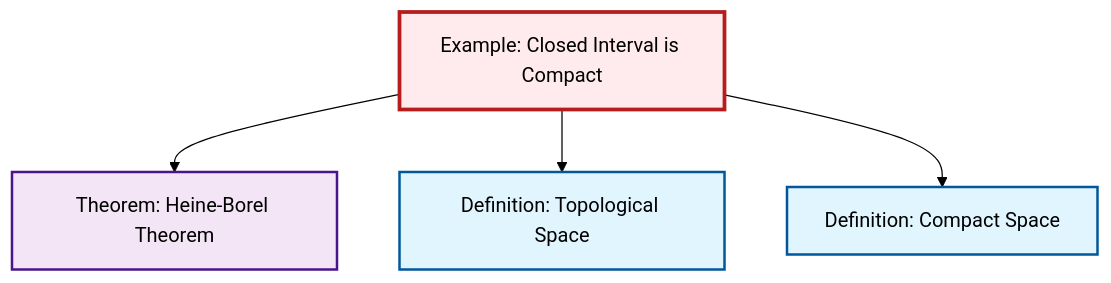
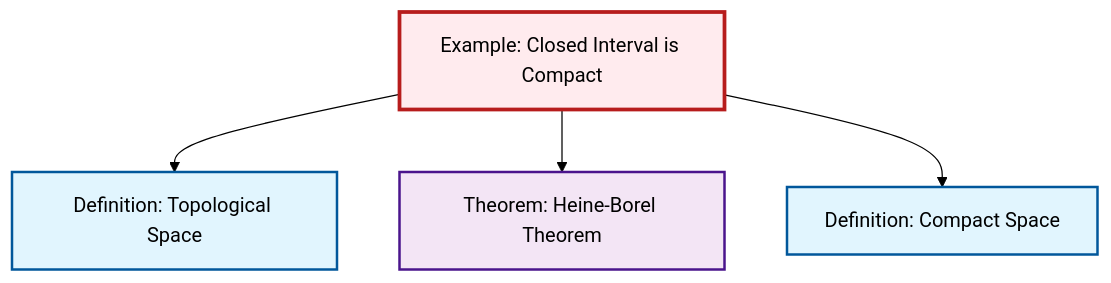
One commit to RK0429/ModernMath changed the diagram in content/ja/topology/ex-closed-interval-compact.qmd. Above: the diagram before and after it, drawn with Mermaid (forest theme). The commit also changed other lines of this file and 530 other files, not shown here.

````diff
--- a/content/ja/topology/ex-closed-interval-compact.qmd
+++ b/content/ja/topology/ex-closed-interval-compact.qmd
@@ -55,20 +55,20 @@
 ```{mermaid}
 %%| fig-cap: "Local dependency graph"
 graph TD
     classDef definition fill:#e1f5fe,stroke:#01579b,stroke-width:2px
     classDef theorem fill:#f3e5f5,stroke:#4a148c,stroke-width:2px
     classDef axiom fill:#fff3e0,stroke:#e65100,stroke-width:2px
     classDef example fill:#e8f5e9,stroke:#1b5e20,stroke-width:2px
     classDef current fill:#ffebee,stroke:#b71c1c,stroke-width:3px
-    thm-heine-borel["Theorem: Heine-Borel Theorem"]:::theorem
-    def-compact["Definition: Compact Space"]:::definition
     ex-closed-interval-compact["Example: Closed Interval is Compact"]:::example
     def-topological-space["Definition: Topological Space"]:::definition
+    def-compact["Definition: Compact Space"]:::definition
+    thm-heine-borel["Theorem: Heine-Borel Theorem"]:::theorem
+    ex-closed-interval-compact --> def-topological-space
     ex-closed-interval-compact --> thm-heine-borel
-    ex-closed-interval-compact --> def-topological-space
     ex-closed-interval-compact --> def-compact
     class ex-closed-interval-compact current
+    click def-topological-space "def-topological-space.html" "Definition: Topological Spaceへ"
+    click def-compact "def-compact.html" "Definition: Compact Spaceへ"
     click thm-heine-borel "thm-heine-borel.html" "Theorem: Heine-Borel Theoremへ"
-    click def-compact "def-compact.html" "Definition: Compact Spaceへ"
-    click def-topological-space "def-topological-space.html" "Definition: Topological Spaceへ"
 ```
````
